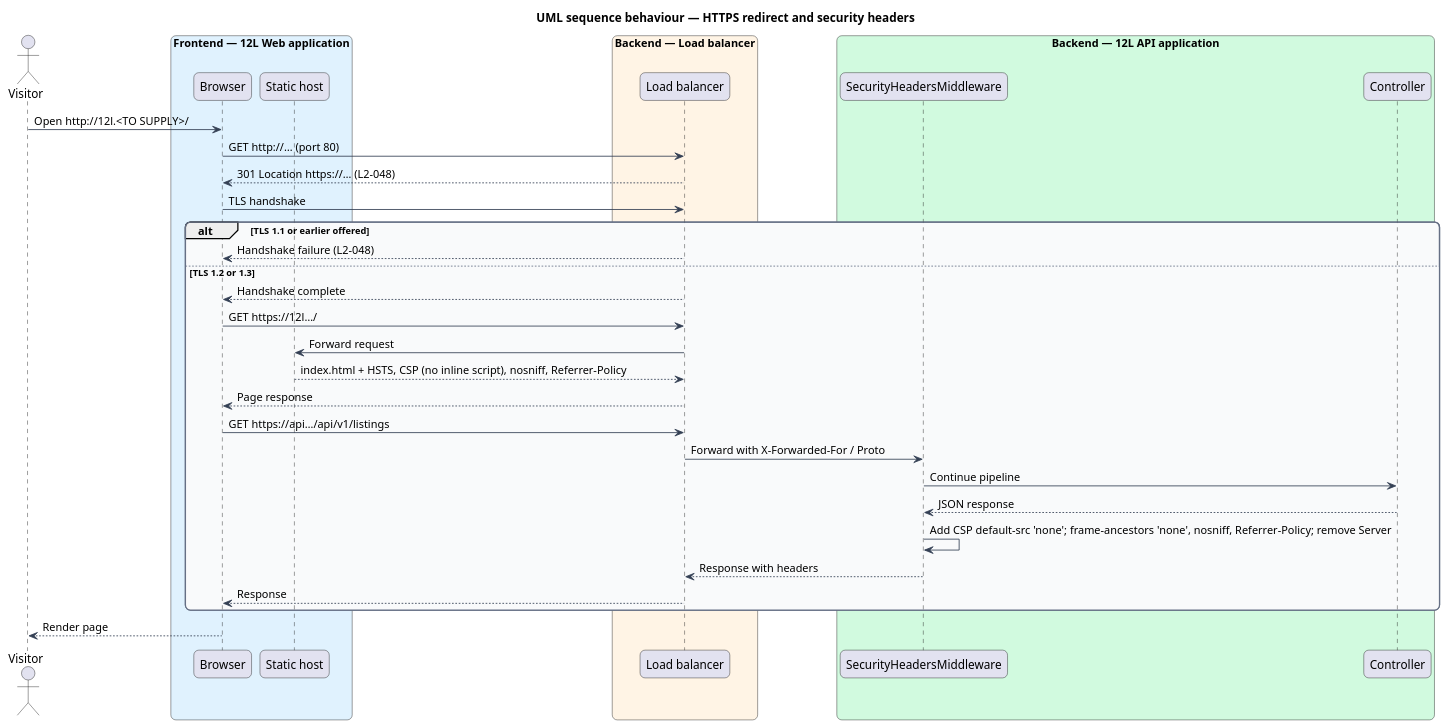
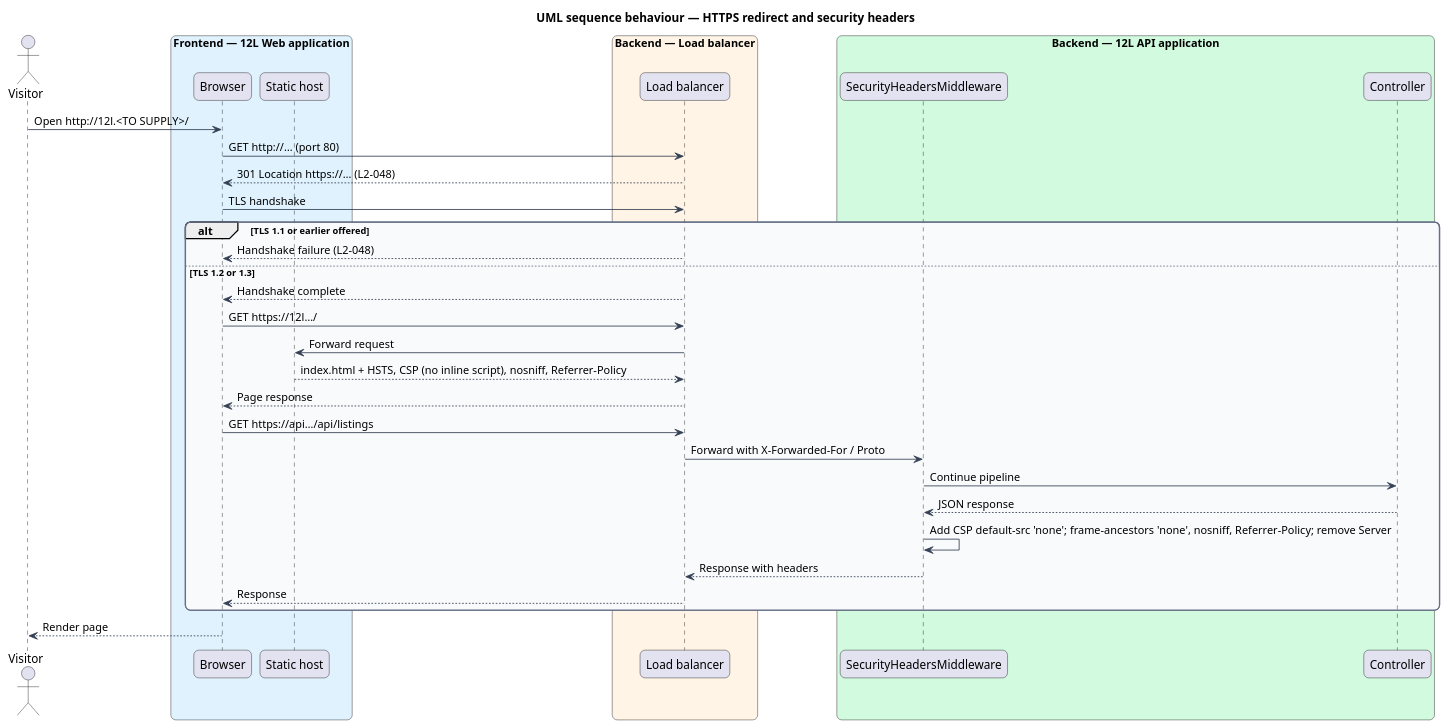
Before and after one commit to QuinntyneBrown/12l: the diagram in docs/detailed-designs/platform/harden-http-and-api/diagrams/sequence-https-and-headers.puml, drawn with PlantUML. The commit also changed 28 other files, not shown here.

```diff
--- a/docs/detailed-designs/platform/harden-http-and-api/diagrams/sequence-https-and-headers.puml
+++ b/docs/detailed-designs/platform/harden-http-and-api/diagrams/sequence-https-and-headers.puml
@@ -1,50 +1,50 @@
 @startuml
 title UML sequence behaviour — HTTPS redirect and security headers
 skinparam backgroundColor #FFFFFF
 skinparam shadowing false
 skinparam roundcorner 12
 skinparam defaultFontName Arial
 skinparam ArrowColor #344054
 skinparam rectangle {
   BorderColor #344054
   FontColor #101828
 }
 skinparam package {
   BorderColor #667085
   FontColor #101828
   BackgroundColor #F9FAFB
 }
 actor "Visitor" as actor
 box "Frontend — 12L Web application" #E0F2FE
   participant "Browser" as browser
   participant "Static host" as host
 end box
 box "Backend — Load balancer" #FFF4E5
   participant "Load balancer" as lb
 end box
 box "Backend — 12L API application" #D1FADF
   participant "SecurityHeadersMiddleware" as sh
   participant "Controller" as ctrl
 end box
 actor -> browser : Open http://12l.<TO SUPPLY>/
 browser -> lb : GET http://… (port 80)
 lb --> browser : 301 Location https://… (L2-048)
 browser -> lb : TLS handshake
 alt TLS 1.1 or earlier offered
   lb --> browser : Handshake failure (L2-048)
 else TLS 1.2 or 1.3
   lb --> browser : Handshake complete
   browser -> lb : GET https://12l…/
   lb -> host : Forward request
   host --> lb : index.html + HSTS, CSP (no inline script), nosniff, Referrer-Policy
   lb --> browser : Page response
-  browser -> lb : GET https://api…/api/v1/listings
+  browser -> lb : GET https://api…/api/listings
   lb -> sh : Forward with X-Forwarded-For / Proto
   sh -> ctrl : Continue pipeline
   ctrl --> sh : JSON response
   sh -> sh : Add CSP default-src 'none'; frame-ancestors 'none', nosniff, Referrer-Policy; remove Server
   sh --> lb : Response with headers
   lb --> browser : Response
 end
 browser --> actor : Render page
 @enduml
```
